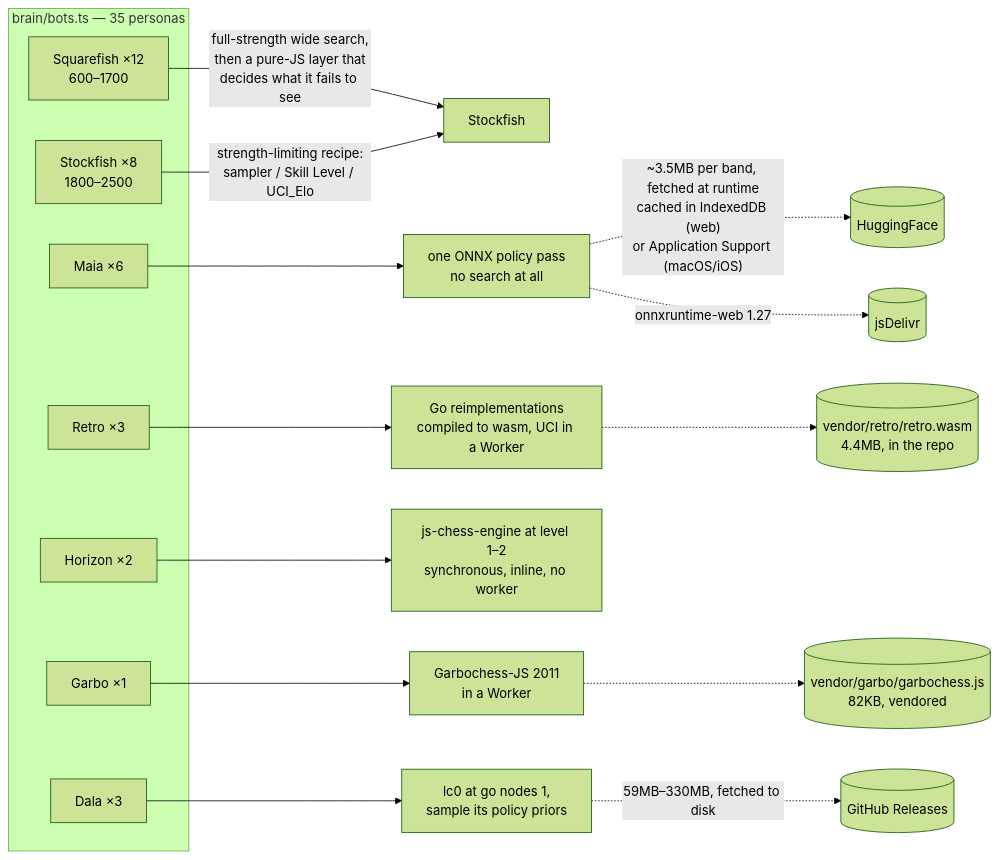
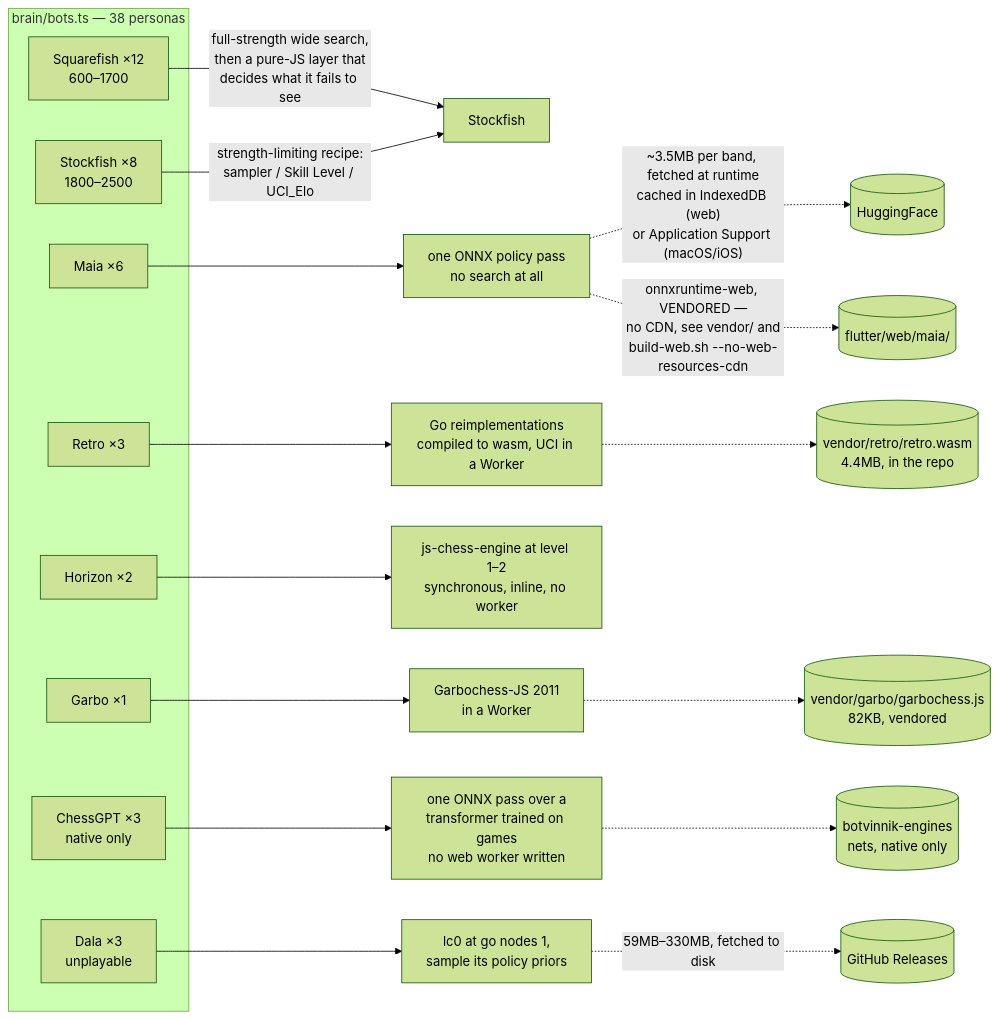
Before and after one commit to quadrismegistus/botvinnik: the third of 5 diagrams in ARCHITECTURE.md, drawn with Mermaid (forest theme). The commit also changed other lines of this file and 4 other files, not shown here.

````diff
--- a/ARCHITECTURE.md
+++ b/ARCHITECTURE.md
@@ -88,26 +88,29 @@
 ```mermaid
 flowchart LR
-    subgraph FAM["brain/bots.ts — 35 personas"]
+    subgraph FAM["brain/bots.ts — 38 personas"]
         SQ["Squarefish ×12<br/>600–1700"]
         FI["Stockfish ×8<br/>1800–2500"]
         MA["Maia ×6"]
         RE["Retro ×3"]
         HO["Horizon ×2"]
         GA["Garbo ×1"]
-        DA["Dala ×3"]
+        CG["ChessGPT ×3<br/>native only"]
+        DA["Dala ×3<br/>unplayable"]
     end
 
     SQ -->|"full-strength wide search,<br/>then a pure-JS layer that<br/>decides what it fails to see"| SF["Stockfish"]
     FI -->|"strength-limiting recipe:<br/>sampler / Skill Level / UCI_Elo"| SF
     MA --> ONNX["one ONNX policy pass<br/>no search at all"]
     RE --> GOW["Go reimplementations<br/>compiled to wasm, UCI in a Worker"]
     HO --> JSCE["js-chess-engine at level 1–2<br/>synchronous, inline, no worker"]
     GA --> GARBO["Garbochess-JS 2011<br/>in a Worker"]
+    CG --> ONNX2["one ONNX pass over a<br/>transformer trained on games<br/>no web worker written"]
     DA --> LC0["lc0 at go nodes 1,<br/>sample its policy priors"]
 
     ONNX -.->|"~3.5MB per band, fetched at runtime<br/>cached in IndexedDB (web)<br/>or Application Support (macOS/iOS)"| HF[("HuggingFace")]
-    ONNX -.->|"onnxruntime-web 1.27"| CDN[("jsDelivr")]
+    ONNX -.->|"onnxruntime-web, VENDORED —<br/>no CDN, see vendor/ and<br/>build-web.sh --no-web-resources-cdn"| ORTV[("flutter/web/maia/")]
+    ONNX2 -.-> CGW[("botvinnik-engines<br/>nets, native only")]
     GOW -.-> RW[("vendor/retro/retro.wasm<br/>4.4MB, in the repo")]
     GARBO -.-> GB[("vendor/garbo/garbochess.js<br/>82KB, vendored")]
     LC0 -.->|"59MB–330MB, fetched to disk"| GH[("GitHub Releases")]
 ```
````
